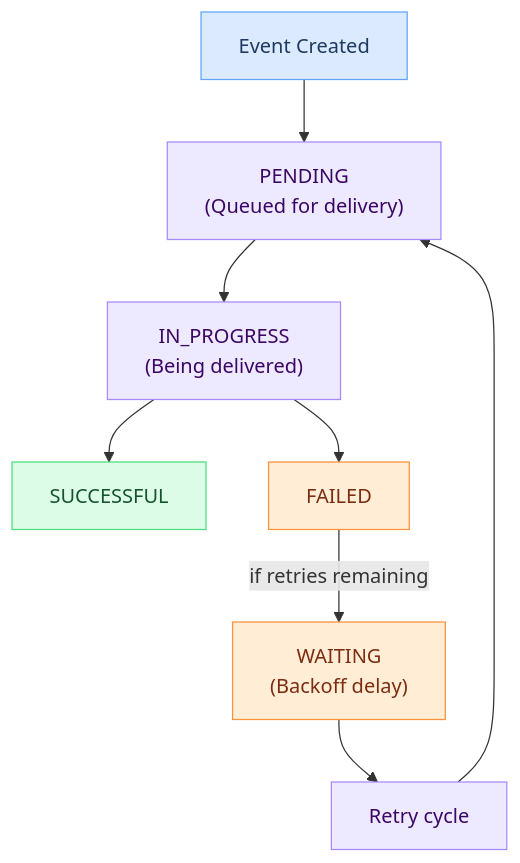
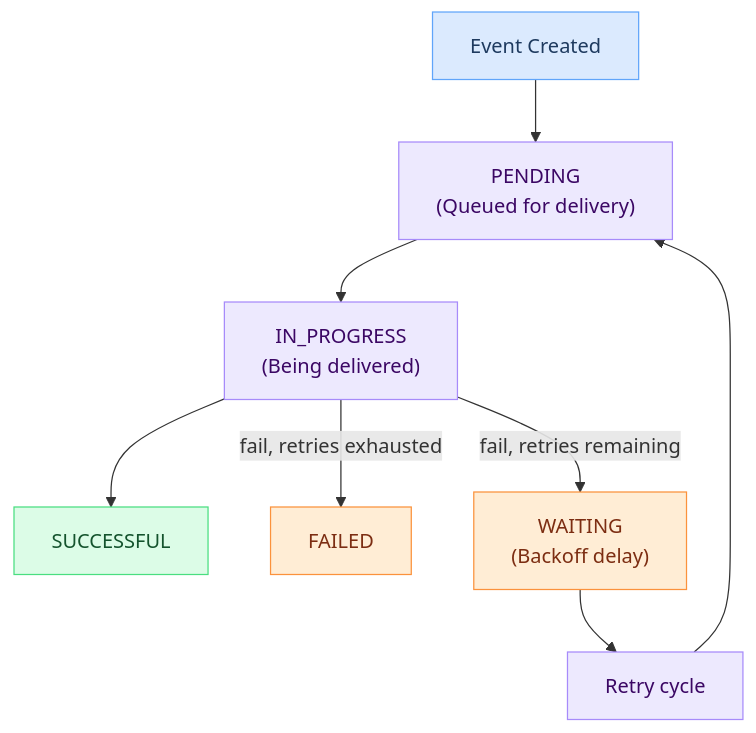
One commit to hook0/hook0 changed the diagram in documentation/concepts/request-attempts.md. Above: the diagram before and after it, drawn with Mermaid. The commit also changed 26 other files, not shown here.

````diff
--- a/documentation/concepts/request-attempts.md
+++ b/documentation/concepts/request-attempts.md
@@ -19,25 +19,25 @@
 ```mermaid
 flowchart TD
     A["Event Created"]:::external
     B["PENDING<br/>(Queued for delivery)"]:::processing
     C["IN_PROGRESS<br/>(Being delivered)"]:::processing
     D["SUCCESSFUL"]:::hook0
     E["FAILED"]:::customer
     F["WAITING<br/>(Backoff delay)"]:::customer
     G["Retry cycle"]:::processing
 
     A --> B --> C
     C --> D
-    C --> E
-    E -- "if retries remaining" --> F
+    C -- "fail, retries remaining" --> F
+    C -- "fail, retries exhausted" --> E
     F --> G --> B
 
     classDef external fill:#dbeafe,stroke:#60a5fa,color:#1e3a5f
     classDef hook0 fill:#dcfce7,stroke:#4ade80,color:#14532d
     classDef customer fill:#ffedd5,stroke:#fb923c,color:#7c2d12
     classDef processing fill:#ede9fe,stroke:#a78bfa,color:#3b0764
 
     click A "/concepts/events" "Events"
     click E "/explanation/webhook-retry-logic" "Retry Logic"
     click F "/explanation/webhook-retry-logic" "Backoff Delay"
 ```
````
